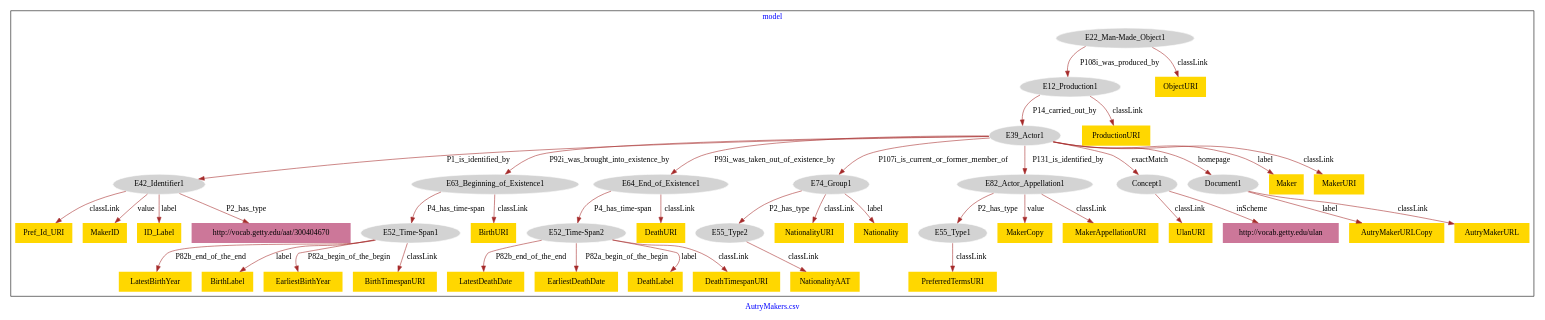
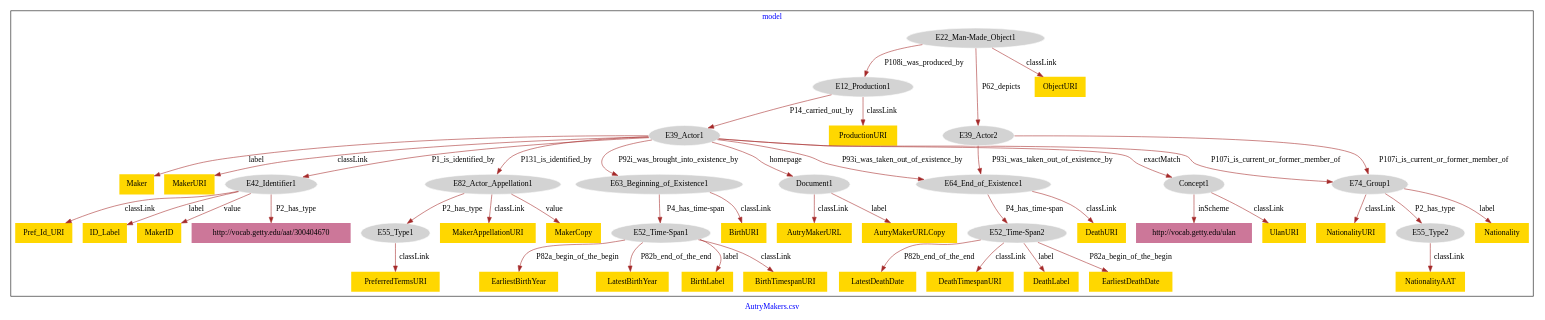
Before and after one commit to american-art/autry: the diagram in AutryMakers/AutryMakers-model.dot, drawn with Graphviz.

Commit message:
Update file AutryMakers-model.dot

```diff
--- a/AutryMakers/AutryMakers-model.dot
+++ b/AutryMakers/AutryMakers-model.dot
@@ -1,91 +1,95 @@
 digraph n0 {
 fontcolor="blue"
 remincross="true"
 label="AutryMakers.csv"
 subgraph cluster {
 label="model"
 n2[style="filled",color="white",fillcolor="lightgray",label="E12_Production1"];
 n3[style="filled",color="white",fillcolor="lightgray",label="E39_Actor1"];
 n4[style="filled",color="white",fillcolor="lightgray",label="E22_Man-Made_Object1"];
-n5[style="filled",color="white",fillcolor="lightgray",label="E42_Identifier1"];
-n6[style="filled",color="white",fillcolor="lightgray",label="E63_Beginning_of_Existence1"];
-n7[style="filled",color="white",fillcolor="lightgray",label="E64_End_of_Existence1"];
-n8[style="filled",color="white",fillcolor="lightgray",label="E74_Group1"];
+n5[style="filled",color="white",fillcolor="lightgray",label="E39_Actor2"];
+n6[style="filled",color="white",fillcolor="lightgray",label="E42_Identifier1"];
+n7[style="filled",color="white",fillcolor="lightgray",label="E63_Beginning_of_Existence1"];
+n8[style="filled",color="white",fillcolor="lightgray",label="E64_End_of_Existence1"];
 n9[style="filled",color="white",fillcolor="lightgray",label="E82_Actor_Appellation1"];
 n10[style="filled",color="white",fillcolor="lightgray",label="Concept1"];
 n11[style="filled",color="white",fillcolor="lightgray",label="Document1"];
-n12[style="filled",color="white",fillcolor="lightgray",label="E52_Time-Span1"];
-n13[style="filled",color="white",fillcolor="lightgray",label="E52_Time-Span2"];
-n14[style="filled",color="white",fillcolor="lightgray",label="E55_Type2"];
-n15[style="filled",color="white",fillcolor="lightgray",label="E55_Type1"];
-n16[shape="plaintext",style="filled",fillcolor="gold",label="ProductionURI"];
-n17[shape="plaintext",style="filled",fillcolor="gold",label="NationalityAAT"];
-n18[shape="plaintext",style="filled",fillcolor="gold",label="DeathURI"];
-n19[shape="plaintext",style="filled",fillcolor="gold",label="Pref_Id_URI"];
-n20[shape="plaintext",style="filled",fillcolor="gold",label="PreferredTermsURI"];
-n21[shape="plaintext",style="filled",fillcolor="gold",label="MakerID"];
-n22[shape="plaintext",style="filled",fillcolor="gold",label="LatestBirthYear"];
-n23[shape="plaintext",style="filled",fillcolor="gold",label="Maker"];
-n24[shape="plaintext",style="filled",fillcolor="gold",label="ObjectURI"];
-n25[shape="plaintext",style="filled",fillcolor="gold",label="MakerURI"];
-n26[shape="plaintext",style="filled",fillcolor="gold",label="BirthLabel"];
-n27[shape="plaintext",style="filled",fillcolor="gold",label="LatestDeathDate"];
-n28[shape="plaintext",style="filled",fillcolor="gold",label="EarliestBirthYear"];
-n29[shape="plaintext",style="filled",fillcolor="gold",label="EarliestDeathDate"];
-n30[shape="plaintext",style="filled",fillcolor="gold",label="MakerCopy"];
-n31[shape="plaintext",style="filled",fillcolor="gold",label="BirthTimespanURI"];
+n12[style="filled",color="white",fillcolor="lightgray",label="E74_Group1"];
+n13[style="filled",color="white",fillcolor="lightgray",label="E52_Time-Span1"];
+n14[style="filled",color="white",fillcolor="lightgray",label="E52_Time-Span2"];
+n15[style="filled",color="white",fillcolor="lightgray",label="E55_Type2"];
+n16[style="filled",color="white",fillcolor="lightgray",label="E55_Type1"];
+n17[shape="plaintext",style="filled",fillcolor="gold",label="BirthURI"];
+n18[shape="plaintext",style="filled",fillcolor="gold",label="ProductionURI"];
+n19[shape="plaintext",style="filled",fillcolor="gold",label="AutryMakerURL"];
+n20[shape="plaintext",style="filled",fillcolor="gold",label="LatestDeathDate"];
+n21[shape="plaintext",style="filled",fillcolor="gold",label="ObjectURI"];
+n22[shape="plaintext",style="filled",fillcolor="gold",label="MakerURI"];
+n23[shape="plaintext",style="filled",fillcolor="gold",label="EarliestBirthYear"];
+n24[shape="plaintext",style="filled",fillcolor="gold",label="MakerAppellationURI"];
+n25[shape="plaintext",style="filled",fillcolor="gold",label="Maker"];
+n26[shape="plaintext",style="filled",fillcolor="gold",label="Nationality"];
+n27[shape="plaintext",style="filled",fillcolor="gold",label="NationalityURI"];
+n28[shape="plaintext",style="filled",fillcolor="gold",label="MakerCopy"];
+n29[shape="plaintext",style="filled",fillcolor="gold",label="PreferredTermsURI"];
+n30[shape="plaintext",style="filled",fillcolor="gold",label="DeathTimespanURI"];
+n31[shape="plaintext",style="filled",fillcolor="gold",label="Pref_Id_URI"];
 n32[shape="plaintext",style="filled",fillcolor="gold",label="DeathLabel"];
-n33[shape="plaintext",style="filled",fillcolor="gold",label="ID_Label"];
-n34[shape="plaintext",style="filled",fillcolor="gold",label="BirthURI"];
-n35[shape="plaintext",style="filled",fillcolor="gold",label="AutryMakerURLCopy"];
-n36[shape="plaintext",style="filled",fillcolor="gold",label="MakerAppellationURI"];
-n37[shape="plaintext",style="filled",fillcolor="gold",label="NationalityURI"];
-n38[shape="plaintext",style="filled",fillcolor="gold",label="UlanURI"];
-n39[shape="plaintext",style="filled",fillcolor="gold",label="DeathTimespanURI"];
-n40[shape="plaintext",style="filled",fillcolor="gold",label="AutryMakerURL"];
-n41[shape="plaintext",style="filled",fillcolor="gold",label="Nationality"];
-n42[shape="plaintext",style="filled",fillcolor="#CC7799",label="http://vocab.getty.edu/aat/300404670"];
-n43[shape="plaintext",style="filled",fillcolor="#CC7799",label="http://vocab.getty.edu/ulan"];
+n33[shape="plaintext",style="filled",fillcolor="gold",label="EarliestDeathDate"];
+n34[shape="plaintext",style="filled",fillcolor="gold",label="DeathURI"];
+n35[shape="plaintext",style="filled",fillcolor="gold",label="LatestBirthYear"];
+n36[shape="plaintext",style="filled",fillcolor="gold",label="ID_Label"];
+n37[shape="plaintext",style="filled",fillcolor="gold",label="AutryMakerURLCopy"];
+n38[shape="plaintext",style="filled",fillcolor="gold",label="MakerID"];
+n39[shape="plaintext",style="filled",fillcolor="gold",label="NationalityAAT"];
+n40[shape="plaintext",style="filled",fillcolor="gold",label="BirthLabel"];
+n41[shape="plaintext",style="filled",fillcolor="gold",label="BirthTimespanURI"];
+n42[shape="plaintext",style="filled",fillcolor="gold",label="UlanURI"];
+n43[shape="plaintext",style="filled",fillcolor="#CC7799",label="http://vocab.getty.edu/aat/300404670"];
+n44[shape="plaintext",style="filled",fillcolor="#CC7799",label="http://vocab.getty.edu/ulan"];
 }
 n2 -> n3[color="brown",fontcolor="black",label="P14_carried_out_by"]
 n4 -> n2[color="brown",fontcolor="black",label="P108i_was_produced_by"]
-n3 -> n5[color="brown",fontcolor="black",label="P1_is_identified_by"]
-n3 -> n6[color="brown",fontcolor="black",label="P92i_was_brought_into_existence_by"]
-n3 -> n7[color="brown",fontcolor="black",label="P93i_was_taken_out_of_existence_by"]
-n3 -> n8[color="brown",fontcolor="black",label="P107i_is_current_or_former_member_of"]
+n4 -> n5[color="brown",fontcolor="black",label="P62_depicts"]
+n3 -> n6[color="brown",fontcolor="black",label="P1_is_identified_by"]
+n3 -> n7[color="brown",fontcolor="black",label="P92i_was_brought_into_existence_by"]
+n3 -> n8[color="brown",fontcolor="black",label="P93i_was_taken_out_of_existence_by"]
 n3 -> n9[color="brown",fontcolor="black",label="P131_is_identified_by"]
 n3 -> n10[color="brown",fontcolor="black",label="exactMatch"]
 n3 -> n11[color="brown",fontcolor="black",label="homepage"]
-n6 -> n12[color="brown",fontcolor="black",label="P4_has_time-span"]
+n5 -> n12[color="brown",fontcolor="black",label="P107i_is_current_or_former_member_of"]
 n7 -> n13[color="brown",fontcolor="black",label="P4_has_time-span"]
-n8 -> n14[color="brown",fontcolor="black",label="P2_has_type"]
-n9 -> n15[color="brown",fontcolor="black",label="P2_has_type"]
-n2 -> n16[color="brown",fontcolor="black",label="classLink"]
-n14 -> n17[color="brown",fontcolor="black",label="classLink"]
-n7 -> n18[color="brown",fontcolor="black",label="classLink"]
-n5 -> n19[color="brown",fontcolor="black",label="classLink"]
-n15 -> n20[color="brown",fontcolor="black",label="classLink"]
-n5 -> n21[color="brown",fontcolor="black",label="value"]
-n12 -> n22[color="brown",fontcolor="black",label="P82b_end_of_the_end"]
-n3 -> n23[color="brown",fontcolor="black",label="label"]
-n4 -> n24[color="brown",fontcolor="black",label="classLink"]
-n3 -> n25[color="brown",fontcolor="black",label="classLink"]
+n8 -> n14[color="brown",fontcolor="black",label="P4_has_time-span"]
+n12 -> n15[color="brown",fontcolor="black",label="P2_has_type"]
+n9 -> n16[color="brown",fontcolor="black",label="P2_has_type"]
+n7 -> n17[color="brown",fontcolor="black",label="classLink"]
+n2 -> n18[color="brown",fontcolor="black",label="classLink"]
+n11 -> n19[color="brown",fontcolor="black",label="classLink"]
+n14 -> n20[color="brown",fontcolor="black",label="P82b_end_of_the_end"]
+n4 -> n21[color="brown",fontcolor="black",label="classLink"]
+n3 -> n22[color="brown",fontcolor="black",label="classLink"]
+n13 -> n23[color="brown",fontcolor="black",label="P82a_begin_of_the_begin"]
+n9 -> n24[color="brown",fontcolor="black",label="classLink"]
+n3 -> n25[color="brown",fontcolor="black",label="label"]
 n12 -> n26[color="brown",fontcolor="black",label="label"]
-n13 -> n27[color="brown",fontcolor="black",label="P82b_end_of_the_end"]
-n12 -> n28[color="brown",fontcolor="black",label="P82a_begin_of_the_begin"]
-n13 -> n29[color="brown",fontcolor="black",label="P82a_begin_of_the_begin"]
-n9 -> n30[color="brown",fontcolor="black",label="value"]
-n12 -> n31[color="brown",fontcolor="black",label="classLink"]
-n13 -> n32[color="brown",fontcolor="black",label="label"]
-n5 -> n33[color="brown",fontcolor="black",label="label"]
-n6 -> n34[color="brown",fontcolor="black",label="classLink"]
-n11 -> n35[color="brown",fontcolor="black",label="label"]
-n9 -> n36[color="brown",fontcolor="black",label="classLink"]
-n8 -> n37[color="brown",fontcolor="black",label="classLink"]
-n10 -> n38[color="brown",fontcolor="black",label="classLink"]
-n13 -> n39[color="brown",fontcolor="black",label="classLink"]
-n11 -> n40[color="brown",fontcolor="black",label="classLink"]
-n8 -> n41[color="brown",fontcolor="black",label="label"]
-n5 -> n42[color="brown",fontcolor="black",label="P2_has_type"]
-n10 -> n43[color="brown",fontcolor="black",label="inScheme"]
+n12 -> n27[color="brown",fontcolor="black",label="classLink"]
+n9 -> n28[color="brown",fontcolor="black",label="value"]
+n16 -> n29[color="brown",fontcolor="black",label="classLink"]
+n14 -> n30[color="brown",fontcolor="black",label="classLink"]
+n6 -> n31[color="brown",fontcolor="black",label="classLink"]
+n14 -> n32[color="brown",fontcolor="black",label="label"]
+n14 -> n33[color="brown",fontcolor="black",label="P82a_begin_of_the_begin"]
+n8 -> n34[color="brown",fontcolor="black",label="classLink"]
+n13 -> n35[color="brown",fontcolor="black",label="P82b_end_of_the_end"]
+n6 -> n36[color="brown",fontcolor="black",label="label"]
+n11 -> n37[color="brown",fontcolor="black",label="label"]
+n6 -> n38[color="brown",fontcolor="black",label="value"]
+n15 -> n39[color="brown",fontcolor="black",label="classLink"]
+n13 -> n40[color="brown",fontcolor="black",label="label"]
+n13 -> n41[color="brown",fontcolor="black",label="classLink"]
+n10 -> n42[color="brown",fontcolor="black",label="classLink"]
+n5 -> n8[color="brown",fontcolor="black",label="P93i_was_taken_out_of_existence_by"]
+n6 -> n43[color="brown",fontcolor="black",label="P2_has_type"]
+n10 -> n44[color="brown",fontcolor="black",label="inScheme"]
+n3 -> n12[color="brown",fontcolor="black",label="P107i_is_current_or_former_member_of"]
 }
```
